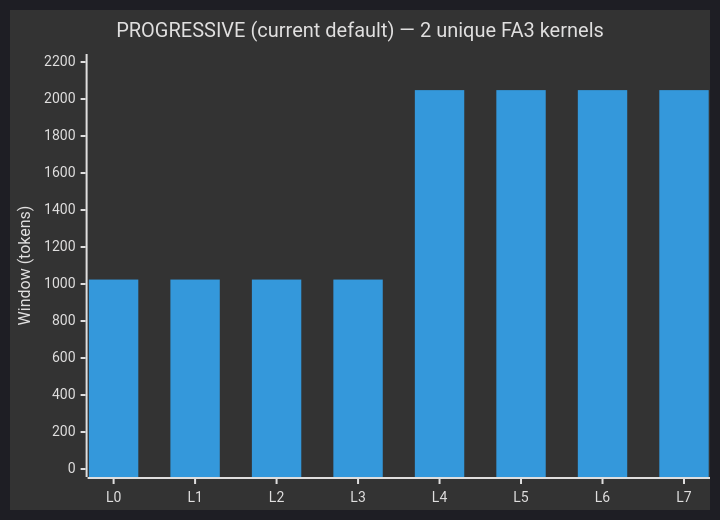
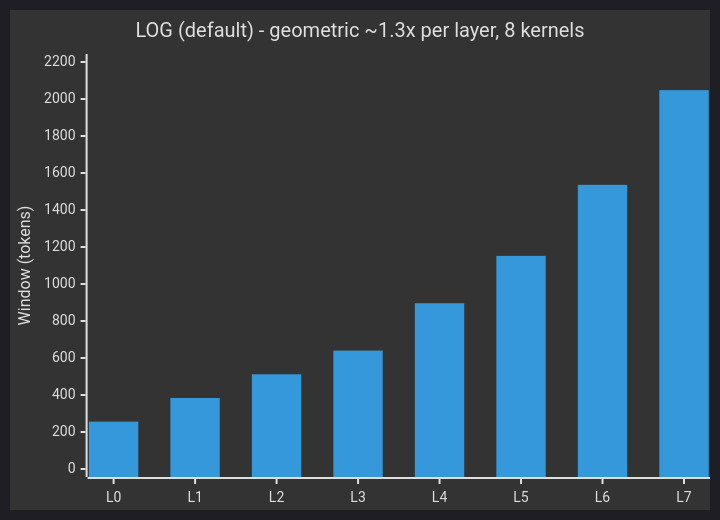
One commit to Hatajohn/autoresearch changed the second of 5 diagrams in architecture.md. Above: the diagram before and after it, drawn with Mermaid. The commit also changed other lines of this file and 1 other file, not shown here.

First line of the commit message:
Make LOG the default window pattern; fix Mermaid syntax errors

````diff
--- a/architecture.md
+++ b/architecture.md
@@ -162,8 +162,8 @@
 ```mermaid
 %%{init: {'theme': 'dark'}}%%
 xychart-beta
-    title "PROGRESSIVE  (current default) — 2 unique FA3 kernels"
+    title "LOG (default) - geometric ~1.3x per layer, 8 kernels"
     x-axis ["L0", "L1", "L2", "L3", "L4", "L5", "L6", "L7"]
     y-axis "Window (tokens)" 0 --> 2200
-    bar  [1024, 1024, 1024, 1024, 2048, 2048, 2048, 2048]
+    bar  [256, 384, 512, 640, 896, 1152, 1536, 2048]
 ```
````
